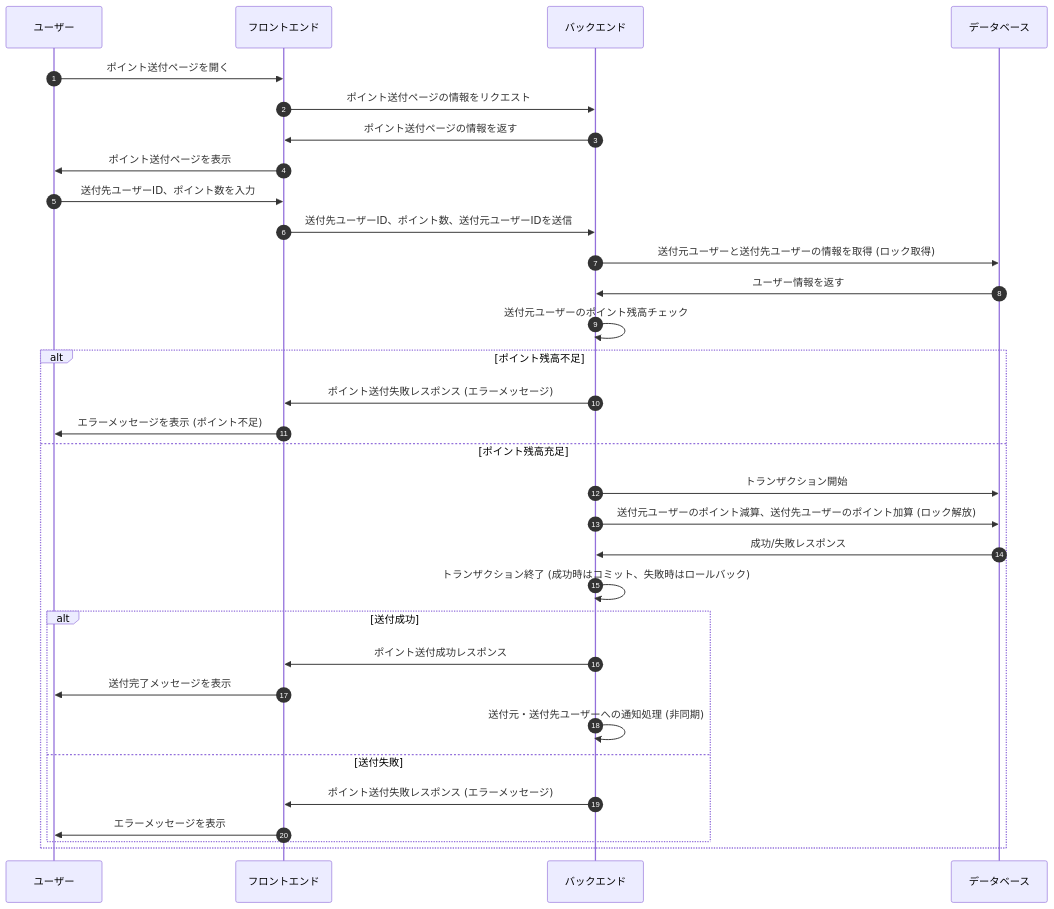
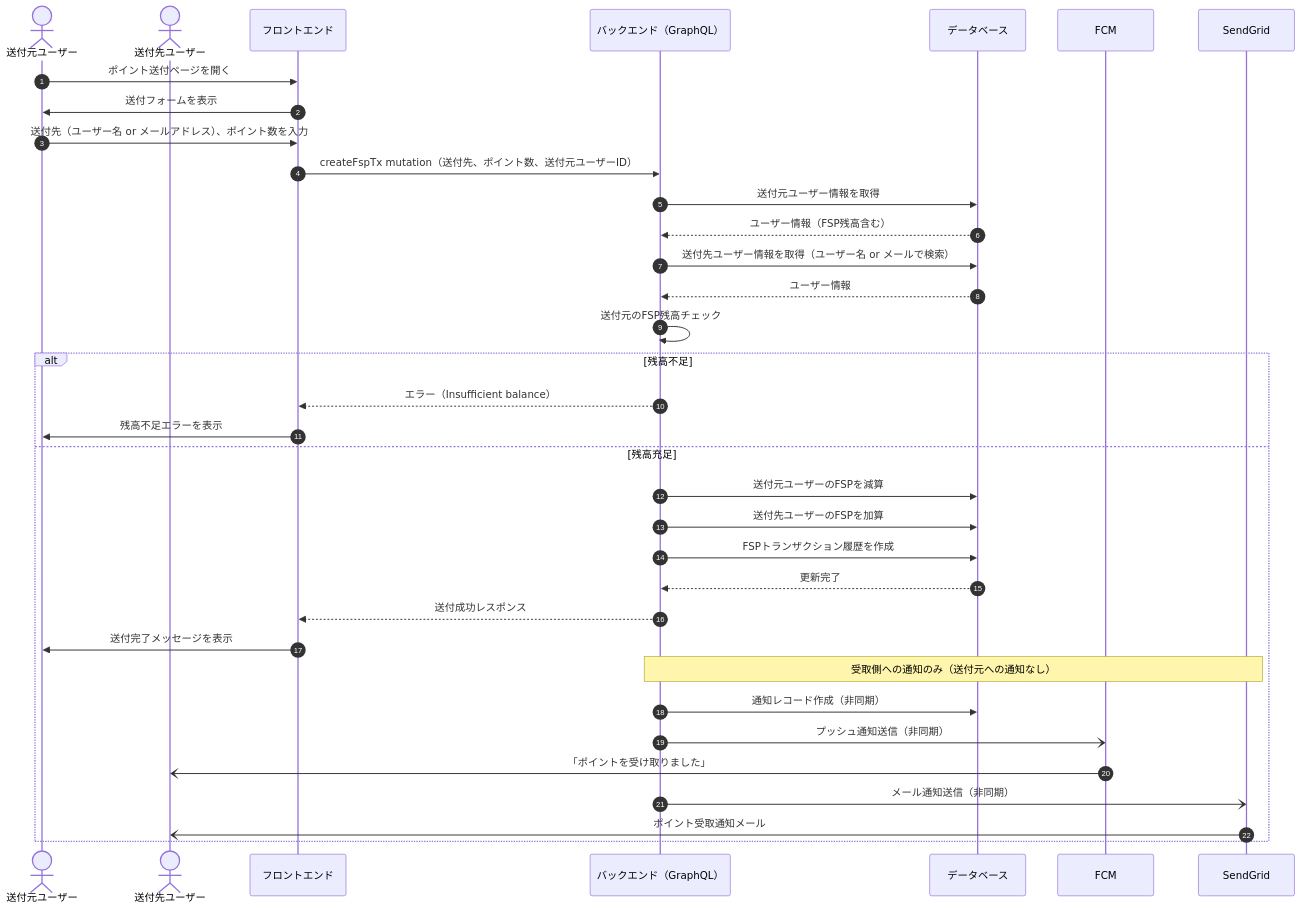
One commit to sc-hosokawa/frienda changed the fifth of 13 diagrams in docs/sequence-diagrams.md. Above: the diagram before and after it, drawn with Mermaid. The commit also changed other lines of this file, not shown here.

First line of the commit message:
docs: ソースコードの実装に基づいてシーケンス図を全面修正

````diff
--- a/docs/sequence-diagrams.md
+++ b/docs/sequence-diagrams.md
@@ -261,37 +219,44 @@
 ```mermaid
 sequenceDiagram
     autonumber
 
-    participant User as ユーザー
-    participant Frontend as フロントエンド
-    participant Backend as バックエンド
-    participant Database as データベース
+    actor 送付元ユーザー
+    actor 送付先ユーザー
+    participant フロントエンド
+    participant バックエンド as バックエンド（GraphQL）
+    participant データベース
+    participant FCM
+    participant SendGrid
 
-    User->>Frontend: ポイント送付ページを開く
-    Frontend->>Backend: ポイント送付ページの情報をリクエスト
-    Backend->>Frontend: ポイント送付ページの情報を返す
-    Frontend->>User: ポイント送付ページを表示
+    送付元ユーザー->>フロントエンド: ポイント送付ページを開く
+    フロントエンド->>送付元ユーザー: 送付フォームを表示
 
-    User->>Frontend: 送付先ユーザーID、ポイント数を入力
-    Frontend->>Backend: 送付先ユーザーID、ポイント数、送付元ユーザーIDを送信
-    Backend->>Database: 送付元ユーザーと送付先ユーザーの情報を取得 (ロック取得)
-    Database->>Backend: ユーザー情報を返す
-    Backend->>Backend: 送付元ユーザーのポイント残高チェック
-    alt ポイント残高不足
-        Backend->>Frontend: ポイント送付失敗レスポンス (エラーメッセージ)
-        Frontend->>User: エラーメッセージを表示 (ポイント不足)
-    else ポイント残高充足
-        Backend->>Database: トランザクション開始
-        Backend->>Database: 送付元ユーザーのポイント減算、送付先ユーザーのポイント加算 (ロック解放)
-        Database->>Backend: 成功/失敗レスポンス
-        Backend->>Backend: トランザクション終了 (成功時はコミット、失敗時はロールバック)
-        alt 送付成功
-            Backend->>Frontend: ポイント送付成功レスポンス
-            Frontend->>User: 送付完了メッセージを表示
-            Backend->>Backend: 送付元・送付先ユーザーへの通知処理 (非同期)
-        else 送付失敗
-            Backend->>Frontend: ポイント送付失敗レスポンス (エラーメッセージ)
-            Frontend->>User: エラーメッセージを表示
-        end
+    送付元ユーザー->>フロントエンド: 送付先（ユーザー名 or メールアドレス）、ポイント数を入力
+    フロントエンド->>バックエンド: createFspTx mutation（送付先、ポイント数、送付元ユーザーID）
+
+    バックエンド->>データベース: 送付元ユーザー情報を取得
+    データベース-->>バックエンド: ユーザー情報（FSP残高含む）
+    バックエンド->>データベース: 送付先ユーザー情報を取得（ユーザー名 or メールで検索）
+    データベース-->>バックエンド: ユーザー情報
+
+    バックエンド->>バックエンド: 送付元のFSP残高チェック
+
+    alt 残高不足
+        バックエンド-->>フロントエンド: エラー（Insufficient balance）
+        フロントエンド->>送付元ユーザー: 残高不足エラーを表示
+    else 残高充足
+        バックエンド->>データベース: 送付元ユーザーのFSPを減算
+        バックエンド->>データベース: 送付先ユーザーのFSPを加算
+        バックエンド->>データベース: FSPトランザクション履歴を作成
+        データベース-->>バックエンド: 更新完了
+        バックエンド-->>フロントエンド: 送付成功レスポンス
+        フロントエンド->>送付元ユーザー: 送付完了メッセージを表示
+
+        Note over バックエンド, SendGrid: 受取側への通知のみ（送付元への通知なし）
+        バックエンド->>データベース: 通知レコード作成（非同期）
+        バックエンド-)FCM: プッシュ通知送信（非同期）
+        FCM-)送付先ユーザー: 「ポイントを受け取りました」
+        バックエンド-)SendGrid: メール通知送信（非同期）
+        SendGrid-)送付先ユーザー: ポイント受取通知メール
     end
 ```
````
